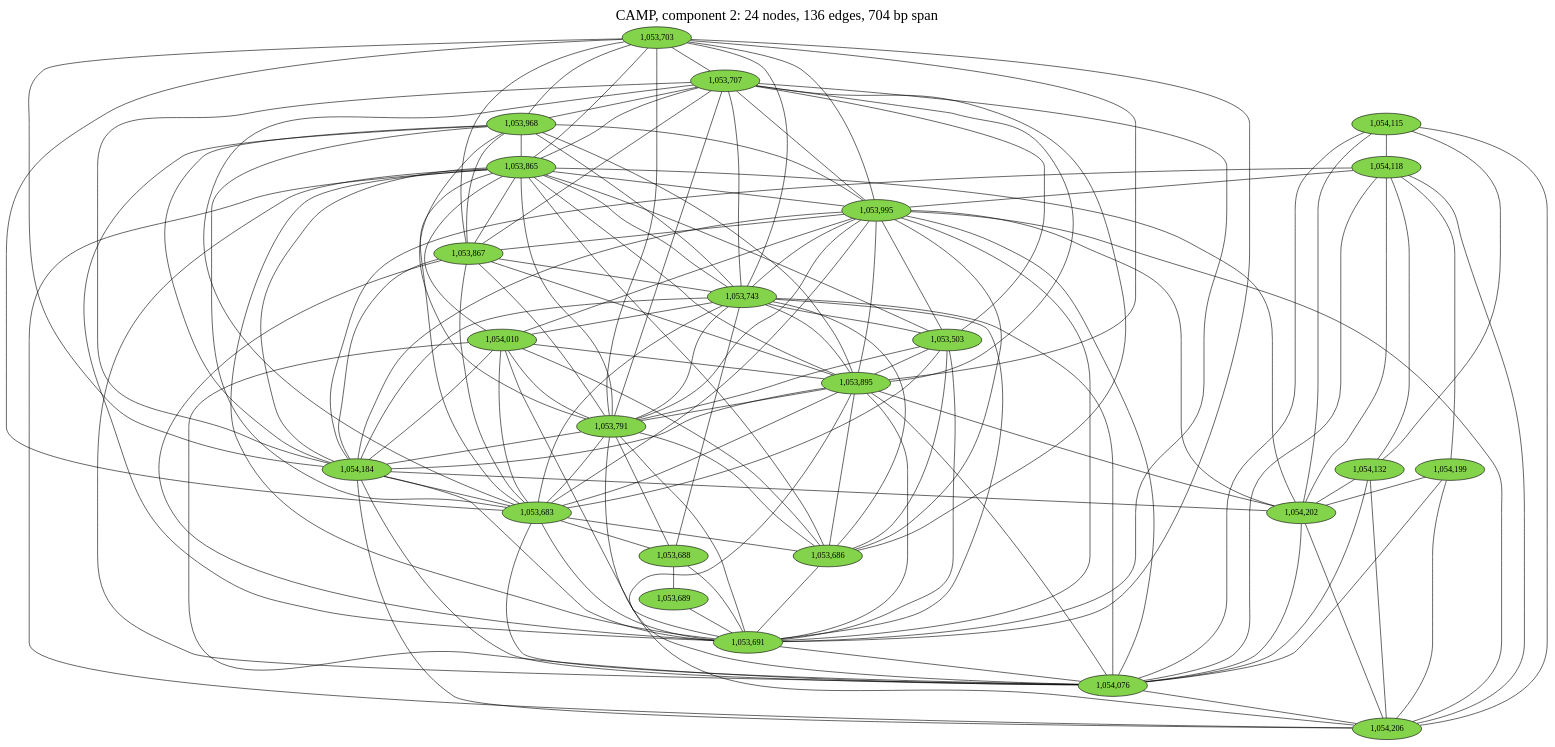
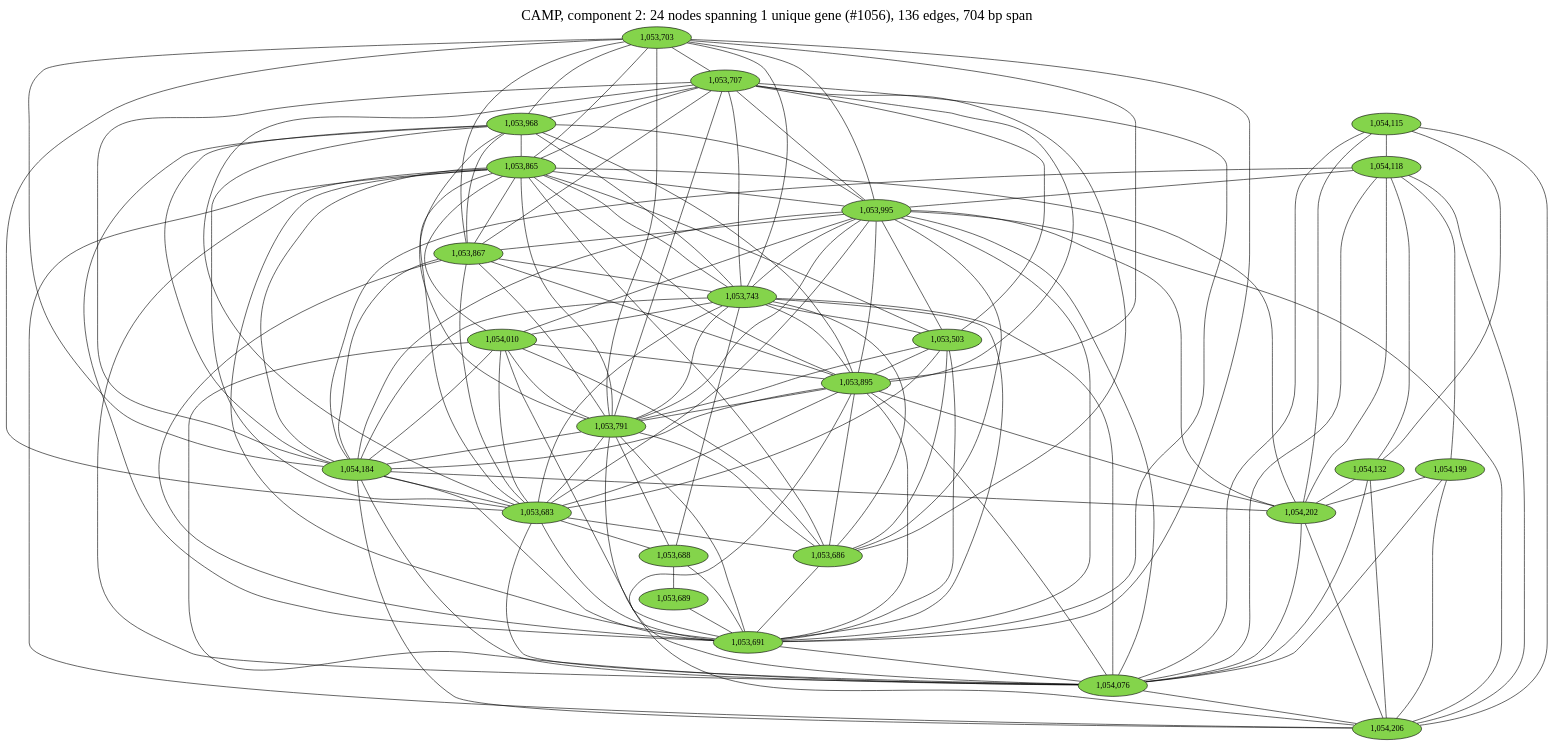
The diagram in notebooks/graphs/CAMP_cc2.gv (fedarko/sheepgut), drawn with Graphviz before and after one commit. The commit also changed 63 other files, not shown here.

Commit message:
gene info in graph labels!

```diff
--- a/notebooks/graphs/CAMP_cc2.gv
+++ b/notebooks/graphs/CAMP_cc2.gv
@@ -1,168 +1,168 @@
 graph CAMP_cc2 {
 	overlap="prism50";
 	outputorder="edgesfirst";
 	node [style="filled"];
-	label="CAMP, component 2: 24 nodes, 136 edges, 704 bp span";
+	label="CAMP, component 2: 24 nodes spanning 1 unique gene (#1056), 136 edges, 704 bp span";
 	labelloc="t";
 	fontsize=24;
 	"1,053,503" [fillcolor="#84d44b", fontcolor="#000000"];
 	"1,053,683" [fillcolor="#84d44b", fontcolor="#000000"];
 	"1,053,686" [fillcolor="#84d44b", fontcolor="#000000"];
 	"1,053,688" [fillcolor="#84d44b", fontcolor="#000000"];
 	"1,053,689" [fillcolor="#84d44b", fontcolor="#000000"];
 	"1,053,691" [fillcolor="#84d44b", fontcolor="#000000"];
 	"1,053,703" [fillcolor="#84d44b", fontcolor="#000000"];
 	"1,053,707" [fillcolor="#84d44b", fontcolor="#000000"];
 	"1,053,743" [fillcolor="#84d44b", fontcolor="#000000"];
 	"1,053,791" [fillcolor="#84d44b", fontcolor="#000000"];
 	"1,053,865" [fillcolor="#84d44b", fontcolor="#000000"];
 	"1,053,867" [fillcolor="#84d44b", fontcolor="#000000"];
 	"1,053,895" [fillcolor="#84d44b", fontcolor="#000000"];
 	"1,053,968" [fillcolor="#84d44b", fontcolor="#000000"];
 	"1,053,995" [fillcolor="#84d44b", fontcolor="#000000"];
 	"1,054,010" [fillcolor="#84d44b", fontcolor="#000000"];
 	"1,054,076" [fillcolor="#84d44b", fontcolor="#000000"];
 	"1,054,115" [fillcolor="#84d44b", fontcolor="#000000"];
 	"1,054,118" [fillcolor="#84d44b", fontcolor="#000000"];
 	"1,054,132" [fillcolor="#84d44b", fontcolor="#000000"];
 	"1,054,184" [fillcolor="#84d44b", fontcolor="#000000"];
 	"1,054,199" [fillcolor="#84d44b", fontcolor="#000000"];
 	"1,054,202" [fillcolor="#84d44b", fontcolor="#000000"];
 	"1,054,206" [fillcolor="#84d44b", fontcolor="#000000"];
 	"1,053,703" -- "1,053,683";
 	"1,053,703" -- "1,053,691";
 	"1,053,703" -- "1,053,707";
 	"1,053,703" -- "1,053,743";
 	"1,053,703" -- "1,053,791";
 	"1,053,703" -- "1,053,865";
 	"1,053,703" -- "1,053,867";
 	"1,053,703" -- "1,053,895";
 	"1,053,703" -- "1,053,968";
 	"1,053,703" -- "1,053,995";
 	"1,053,703" -- "1,054,184";
 	"1,053,707" -- "1,053,503";
 	"1,053,707" -- "1,053,683";
 	"1,053,707" -- "1,053,686";
 	"1,053,707" -- "1,053,691";
 	"1,053,707" -- "1,053,743";
 	"1,053,707" -- "1,053,791";
 	"1,053,707" -- "1,053,865";
 	"1,053,707" -- "1,053,867";
 	"1,053,707" -- "1,053,895";
 	"1,053,707" -- "1,053,968";
 	"1,053,707" -- "1,053,995";
 	"1,053,707" -- "1,054,184";
 	"1,053,968" -- "1,053,683";
 	"1,053,968" -- "1,053,691";
 	"1,053,968" -- "1,053,743";
 	"1,053,968" -- "1,053,791";
 	"1,053,968" -- "1,053,865";
 	"1,053,968" -- "1,053,867";
 	"1,053,968" -- "1,053,895";
 	"1,053,968" -- "1,053,995";
 	"1,053,968" -- "1,054,184";
 	"1,054,115" -- "1,054,076";
 	"1,054,115" -- "1,054,118";
 	"1,054,115" -- "1,054,132";
 	"1,054,115" -- "1,054,202";
 	"1,054,115" -- "1,054,206";
 	"1,054,118" -- "1,053,995";
 	"1,054,118" -- "1,054,076";
 	"1,054,118" -- "1,054,132";
 	"1,054,118" -- "1,054,184";
 	"1,054,118" -- "1,054,199";
 	"1,054,118" -- "1,054,202";
 	"1,054,118" -- "1,054,206";
 	"1,053,865" -- "1,053,503";
 	"1,053,865" -- "1,053,683";
 	"1,053,865" -- "1,053,686";
 	"1,053,865" -- "1,053,691";
 	"1,053,865" -- "1,053,743";
 	"1,053,865" -- "1,053,791";
 	"1,053,865" -- "1,053,867";
 	"1,053,865" -- "1,053,895";
 	"1,053,865" -- "1,053,995";
 	"1,053,865" -- "1,054,010";
 	"1,053,865" -- "1,054,076";
 	"1,053,865" -- "1,054,184";
 	"1,053,865" -- "1,054,202";
 	"1,053,865" -- "1,054,206";
 	"1,053,995" -- "1,053,503";
 	"1,053,995" -- "1,053,683";
 	"1,053,995" -- "1,053,686";
 	"1,053,995" -- "1,053,691";
 	"1,053,995" -- "1,053,743";
 	"1,053,995" -- "1,053,791";
 	"1,053,995" -- "1,053,867";
 	"1,053,995" -- "1,053,895";
 	"1,053,995" -- "1,054,010";
 	"1,053,995" -- "1,054,076";
 	"1,053,995" -- "1,054,184";
 	"1,053,995" -- "1,054,202";
 	"1,053,995" -- "1,054,206";
 	"1,053,867" -- "1,053,683";
 	"1,053,867" -- "1,053,691";
 	"1,053,867" -- "1,053,743";
 	"1,053,867" -- "1,053,791";
 	"1,053,867" -- "1,053,895";
 	"1,053,867" -- "1,054,184";
 	"1,053,743" -- "1,053,503";
 	"1,053,743" -- "1,053,683";
 	"1,053,743" -- "1,053,686";
 	"1,053,743" -- "1,053,688";
 	"1,053,743" -- "1,053,691";
 	"1,053,743" -- "1,053,791";
 	"1,053,743" -- "1,053,895";
 	"1,053,743" -- "1,054,010";
 	"1,053,743" -- "1,054,076";
 	"1,053,743" -- "1,054,184";
 	"1,054,132" -- "1,054,076";
 	"1,054,132" -- "1,054,202";
 	"1,054,132" -- "1,054,206";
 	"1,054,010" -- "1,053,683";
 	"1,054,010" -- "1,053,686";
 	"1,054,010" -- "1,053,691";
 	"1,054,010" -- "1,053,791";
 	"1,054,010" -- "1,053,895";
 	"1,054,010" -- "1,054,076";
 	"1,054,010" -- "1,054,184";
 	"1,053,503" -- "1,053,683";
 	"1,053,503" -- "1,053,686";
 	"1,053,503" -- "1,053,691";
 	"1,053,503" -- "1,053,791";
 	"1,053,503" -- "1,053,895";
 	"1,053,895" -- "1,053,683";
 	"1,053,895" -- "1,053,686";
 	"1,053,895" -- "1,053,691";
 	"1,053,895" -- "1,053,791";
 	"1,053,895" -- "1,054,076";
 	"1,053,895" -- "1,054,184";
 	"1,053,895" -- "1,054,202";
 	"1,053,895" -- "1,054,206";
 	"1,053,791" -- "1,053,683";
 	"1,053,791" -- "1,053,686";
 	"1,053,791" -- "1,053,688";
 	"1,053,791" -- "1,053,691";
 	"1,053,791" -- "1,054,076";
 	"1,053,791" -- "1,054,184";
 	"1,054,184" -- "1,053,683";
 	"1,054,184" -- "1,053,691";
 	"1,054,184" -- "1,054,076";
 	"1,054,184" -- "1,054,202";
 	"1,054,184" -- "1,054,206";
 	"1,053,683" -- "1,053,686";
 	"1,053,683" -- "1,053,688";
 	"1,053,683" -- "1,053,691";
 	"1,053,683" -- "1,054,076";
 	"1,053,686" -- "1,053,691";
 	"1,054,199" -- "1,054,076";
 	"1,054,199" -- "1,054,202";
 	"1,054,199" -- "1,054,206";
 	"1,053,688" -- "1,053,689";
 	"1,053,688" -- "1,053,691";
 	"1,053,689" -- "1,053,691";
 	"1,054,202" -- "1,054,076";
 	"1,054,202" -- "1,054,206";
 	"1,053,691" -- "1,054,076";
 	"1,054,076" -- "1,054,206";
 }
```
